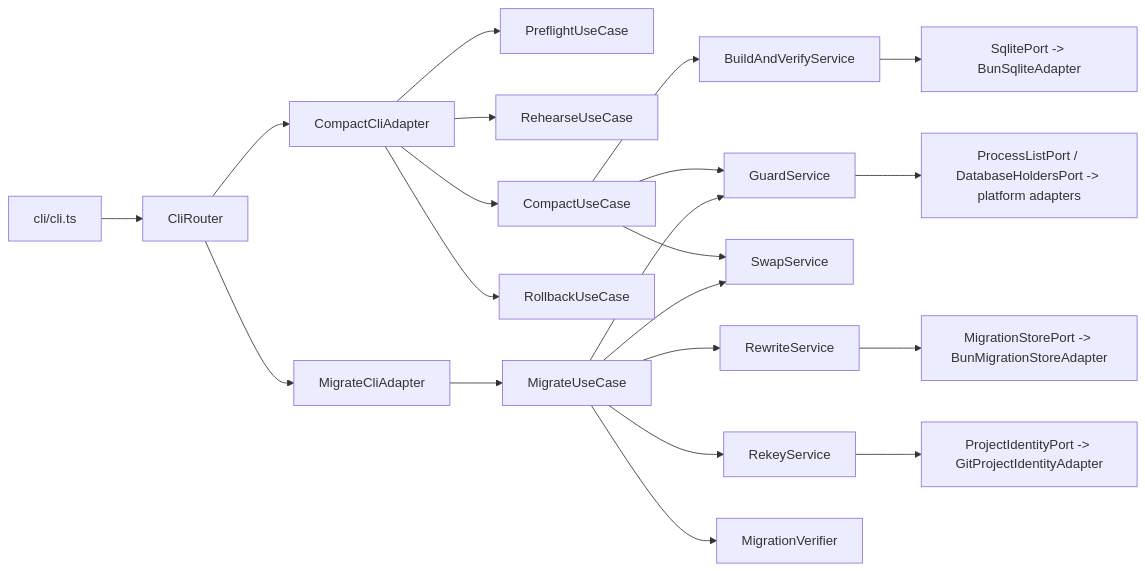
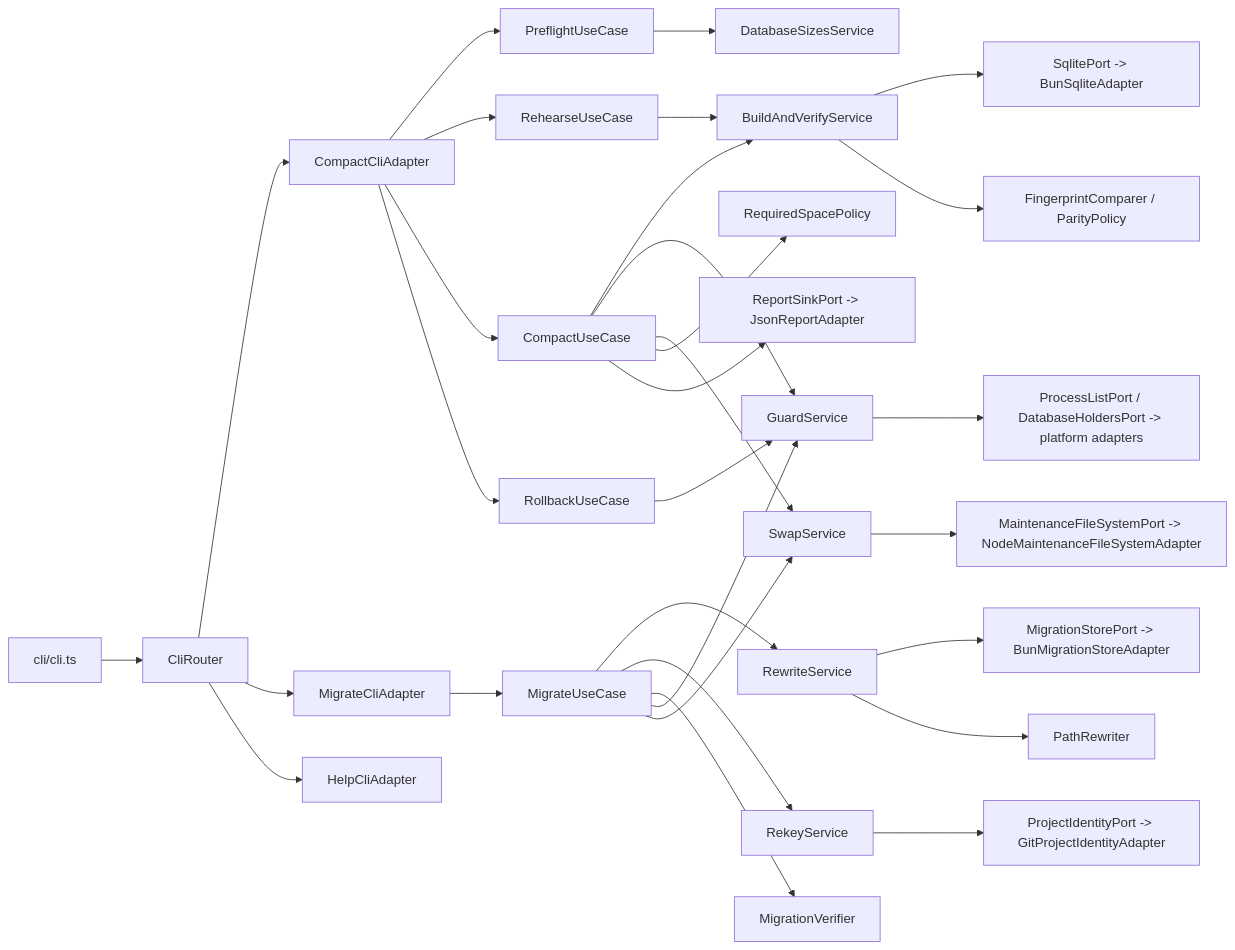
One commit to mavasbel-devtools/opencode-session-manager changed the second of 3 diagrams in README.md. Above: the diagram before and after it, drawn with Mermaid. The commit also changed other lines of this file and 4 other files, not shown here.

````diff
--- a/README.md
+++ b/README.md
@@ -292,23 +325,32 @@
 ```mermaid
 flowchart LR
     CLI[cli/cli.ts] --> ROUTER[CliRouter]
     ROUTER --> CC[CompactCliAdapter]
     ROUTER --> MC[MigrateCliAdapter]
+    ROUTER --> HC[HelpCliAdapter]
     CC --> PF[PreflightUseCase]
     CC --> RH[RehearseUseCase]
     CC --> CP[CompactUseCase]
     CC --> RB[RollbackUseCase]
     MC --> MG[MigrateUseCase]
-    CP --> BV[BuildAndVerifyService]
+    PF --> SZ[DatabaseSizesService]
+    RH --> BV[BuildAndVerifyService]
+    CP --> BV
     CP --> GD[GuardService]
     CP --> SW[SwapService]
+    RB --> GD
     MG --> RW[RewriteService]
     MG --> RK[RekeyService]
     MG --> MV[MigrationVerifier]
     MG --> GD
     MG --> SW
     BV --> SQ[SqlitePort -> BunSqliteAdapter]
+    BV --> FP[FingerprintComparer / ParityPolicy]
+    CP --> RS[RequiredSpacePolicy]
+    CP --> REP[ReportSinkPort -> JsonReportAdapter]
     RW --> MS[MigrationStorePort -> BunMigrationStoreAdapter]
+    RW --> PW[PathRewriter]
     RK --> PI[ProjectIdentityPort -> GitProjectIdentityAdapter]
     GD --> PL[ProcessListPort / DatabaseHoldersPort -> platform adapters]
+    SW --> FSM[MaintenanceFileSystemPort -> NodeMaintenanceFileSystemAdapter]
 ```
````
